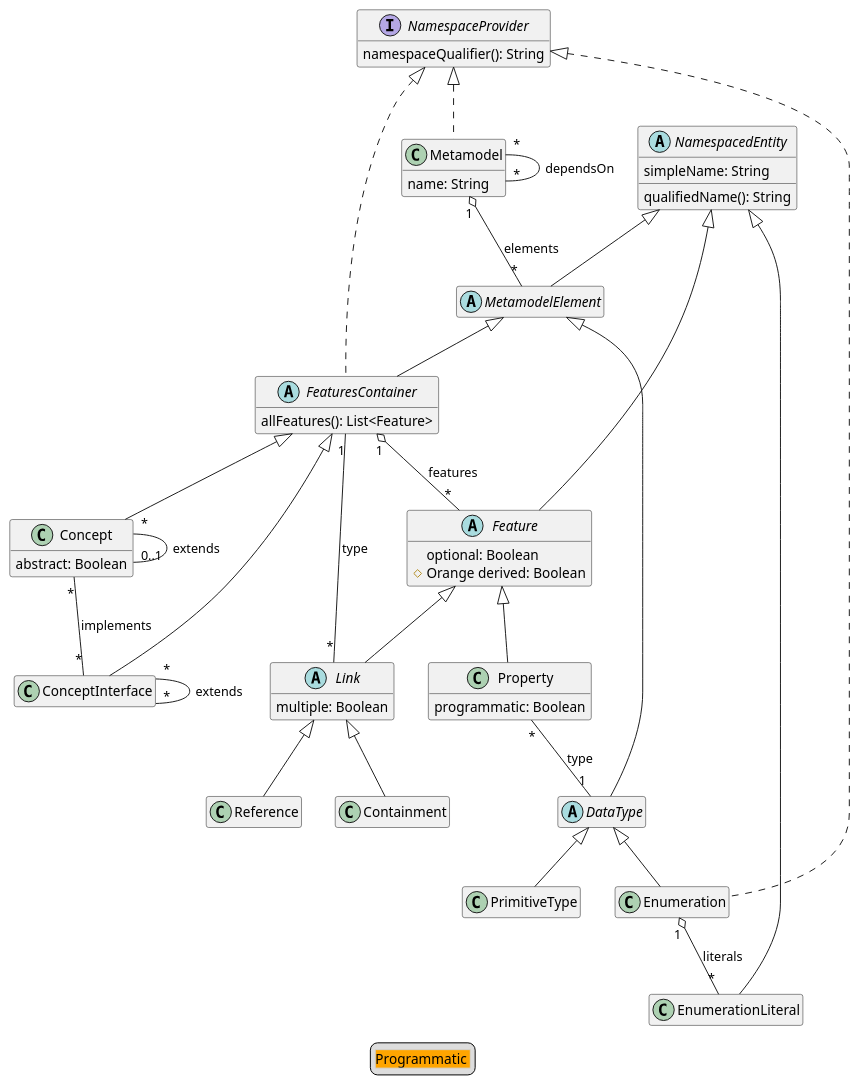
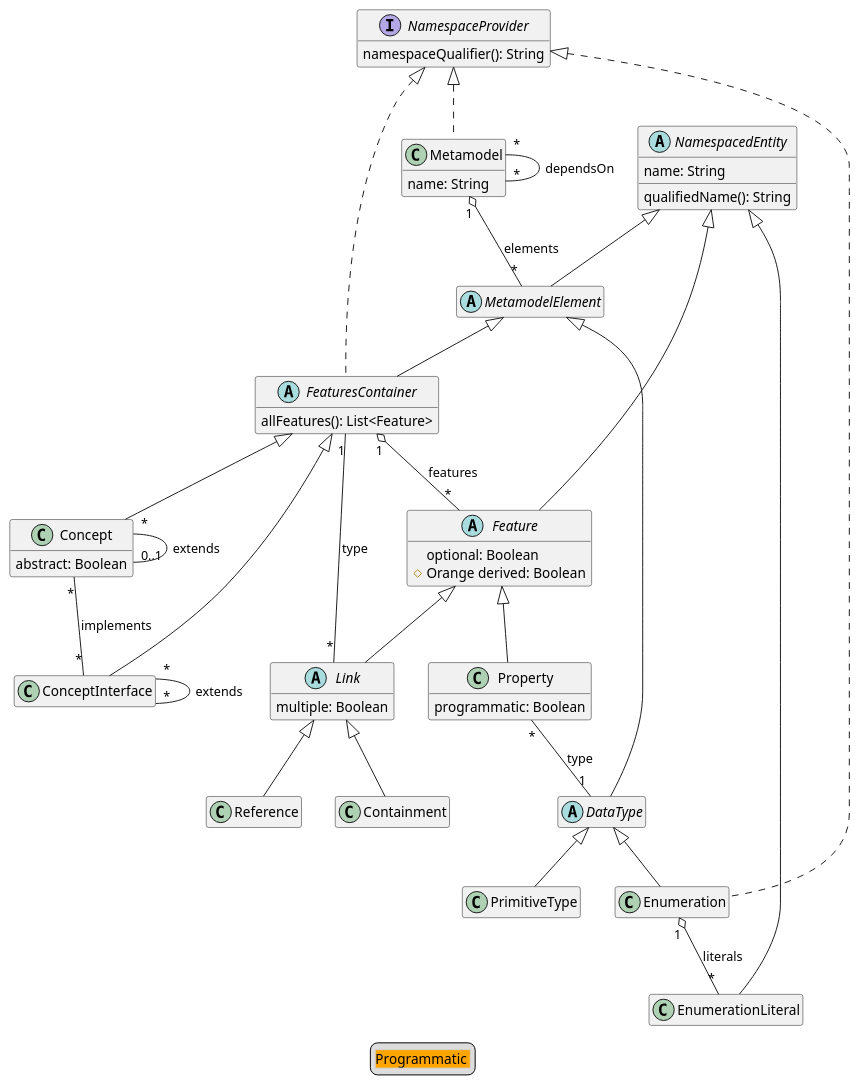
Before and after one commit to LionWeb-io/lionweb-typescript: the diagram in diagrams/metametamodel-gen.puml, drawn with PlantUML. The commit also changed 21 other files, not shown here.

Commit message:
rename 'NamespacedEntity.simpleName' -> '.name'

```diff
--- a/diagrams/metametamodel-gen.puml
+++ b/diagrams/metametamodel-gen.puml
@@ -1,83 +1,83 @@
 @startuml
 hide empty members
 
 ' qualified name: "LIonCore.M3"
 
 
 class Concept extends FeaturesContainer {
   abstract: Boolean
 }
 
 class ConceptInterface extends FeaturesContainer
 
 class Containment extends Link
 
 abstract class DataType extends MetamodelElement
 
 class Enumeration extends DataType implements NamespaceProvider
 
 class EnumerationLiteral extends NamespacedEntity
 
 abstract class Feature extends NamespacedEntity {
   optional: Boolean
   #Orange derived: Boolean
 }
 
 abstract class FeaturesContainer extends MetamodelElement implements NamespaceProvider {
   allFeatures(): List<Feature>
 }
 
 abstract class Link extends Feature {
   multiple: Boolean
 }
 
 class Metamodel implements NamespaceProvider {
   name: String
 }
 
 abstract class MetamodelElement extends NamespacedEntity
 
 interface NamespaceProvider {
   namespaceQualifier(): String
 }
 
 abstract class NamespacedEntity {
-  simpleName: String
+  name: String
   qualifiedName(): String
 }
 
 class PrimitiveType extends DataType
 
 class Property extends Feature {
   programmatic: Boolean
 }
 
 class Reference extends Link
 
 
 
 ' relations:
 
 Concept "*" -- "0..1" Concept: extends
 Concept "*" -- "*" ConceptInterface: implements
 ConceptInterface "*" -- "*" ConceptInterface: extends
 
 
 Enumeration "1" o-- "*" EnumerationLiteral: literals
 
 
 FeaturesContainer "1" o-- "*" Feature: features
 Link "*" -- "1" FeaturesContainer: type
 Metamodel "1" o-- "*" MetamodelElement: elements
 Metamodel "*" -- "*" Metamodel: dependsOn
 
 
 
 
 Property "*" -- "1" DataType: type
 
 
 legend
   <#LightGray,#LightGray>| <#Orange>Programmatic |
 end legend
 @enduml
```
